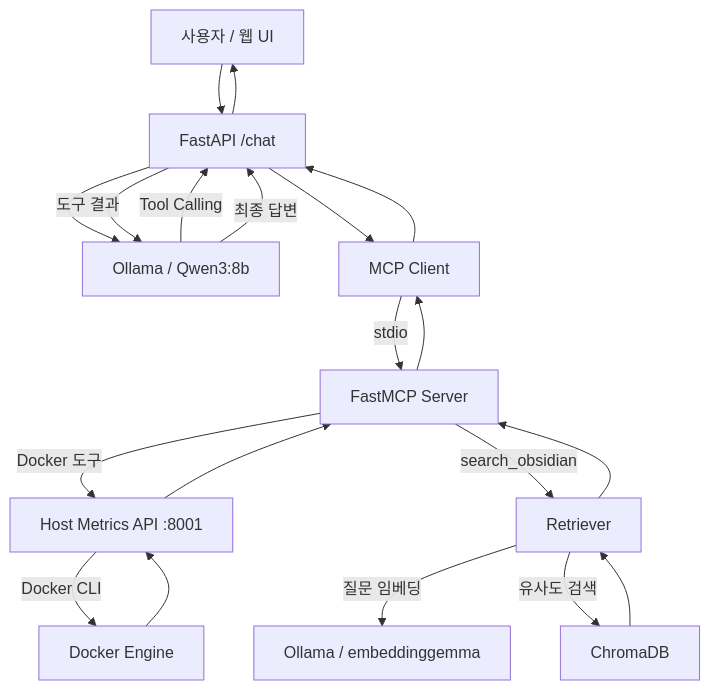
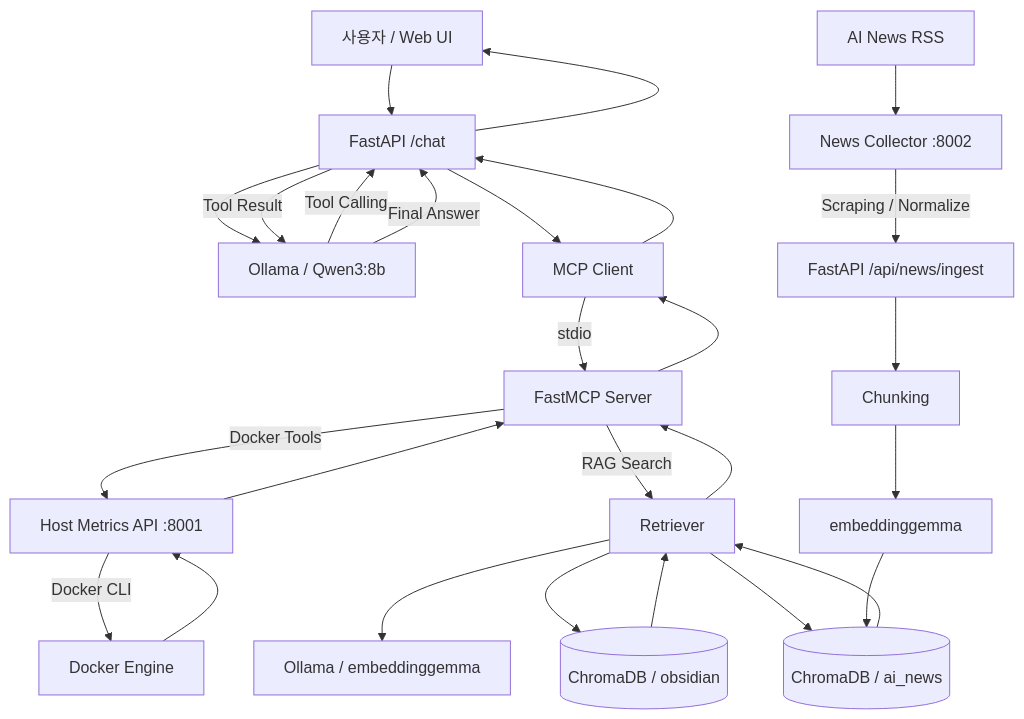
The diagram in README.md (JungJiBum/agent-lab), drawn with Mermaid before and after one commit. The commit also changed other lines of this file and 1 other file, not shown here.

Commit message:
docs: update Agent Lab architecture and RAG pipeline

````diff
--- a/README.md
+++ b/README.md
@@ -17,25 +17,33 @@
 ```mermaid
 flowchart TD
-    U[사용자 / 웹 UI] --> API[FastAPI /chat]
+    U[사용자 / Web UI] --> API[FastAPI /chat]
     API --> LLM[Ollama / Qwen3:8b]
     LLM -->|Tool Calling| API
     API --> MC[MCP Client]
     MC -->|stdio| MS[FastMCP Server]
 
-    MS -->|Docker 도구| HM[Host Metrics API :8001]
+    MS -->|Docker Tools| HM[Host Metrics API :8001]
     HM -->|Docker CLI| D[Docker Engine]
 
-    MS -->|search_obsidian| R[Retriever]
-    R -->|질문 임베딩| E[Ollama / embeddinggemma]
-    R -->|유사도 검색| V[ChromaDB]
+    MS -->|RAG Search| R[Retriever]
+    R --> E[Ollama / embeddinggemma]
+    R --> OBS[(ChromaDB / obsidian)]
+    R --> NEWS[(ChromaDB / ai_news)]
+
+    RSS[AI News RSS] --> NC[News Collector :8002]
+    NC -->|Scraping / Normalize| INGEST[FastAPI /api/news/ingest]
+    INGEST --> CHUNK[Chunking]
+    CHUNK --> EMBED[embeddinggemma]
+    EMBED --> NEWS
 
     D --> HM
     HM --> MS
-    V --> R
+    OBS --> R
+    NEWS --> R
     R --> MS
     MS --> MC
     MC --> API
-    API -->|도구 결과| LLM
-    LLM -->|최종 답변| API
+    API -->|Tool Result| LLM
+    LLM -->|Final Answer| API
     API --> U
 ```
````
